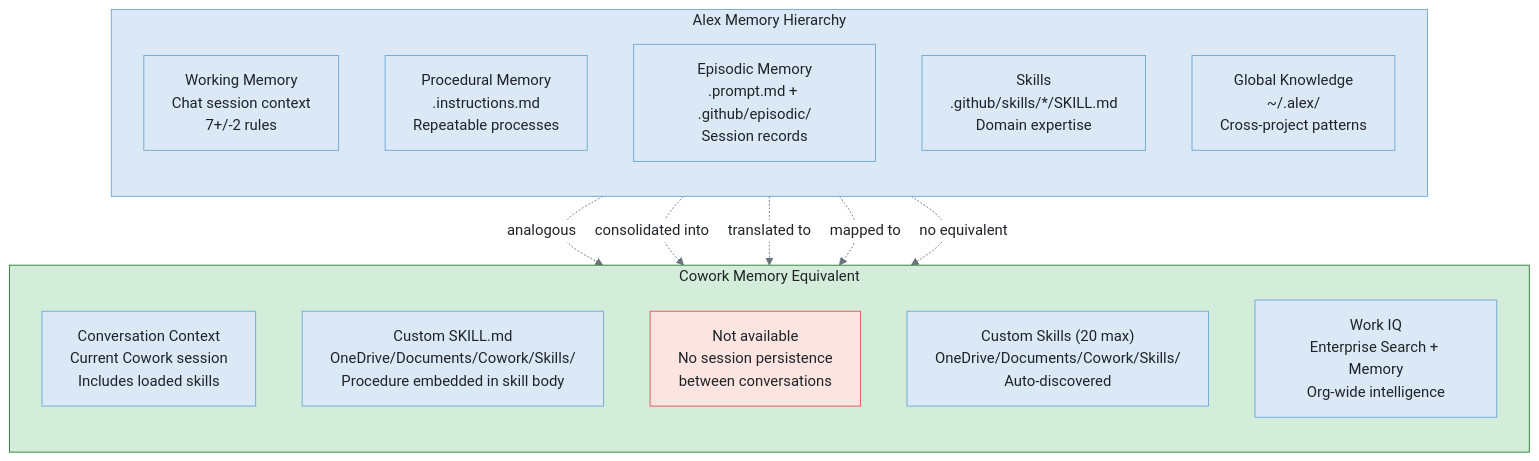
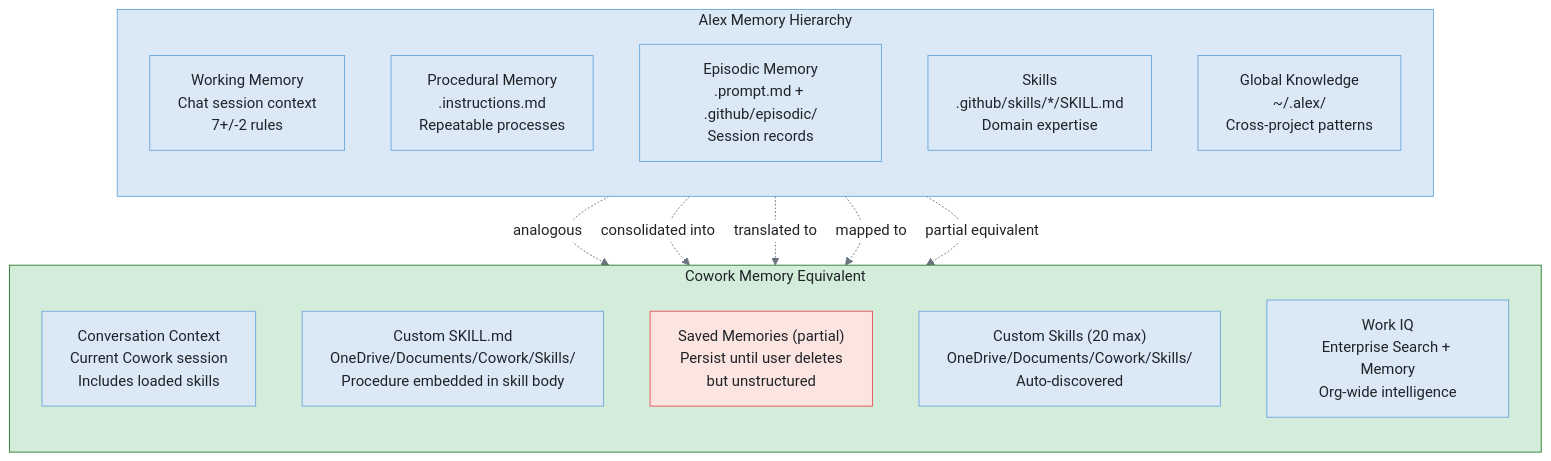
Before and after one commit to fabioc-aloha/Alex_Plug_In: the fourth of 8 diagrams in alex_docs/cowork/ARCHITECTURE.md, drawn with Mermaid. The commit also changed other lines of this file and 5 other files, not shown here.

````diff
--- a/alex_docs/cowork/ARCHITECTURE.md
+++ b/alex_docs/cowork/ARCHITECTURE.md
@@ -243,31 +243,31 @@
 ```mermaid
 %%{init: {'theme': 'base', 'themeVariables': {'background': '#f8f9fa', 'primaryColor': '#dbe9f6', 'primaryTextColor': '#1f2328', 'primaryBorderColor': '#6ea8d9', 'lineColor': '#6b7280', 'secondaryColor': '#d4f5f7', 'secondaryBorderColor': '#5ab5a0', 'edgeLabelBackground': '#ffffff', 'fontFamily': 'Segoe UI, system-ui, sans-serif'}}}%%
 flowchart TB
     subgraph ALEX_MEM["Alex Memory Hierarchy"]
         direction TB
         A_WM["Working Memory<br/>Chat session context<br/>7+/-2 rules"]
         A_PROC["Procedural Memory<br/>.instructions.md<br/>Repeatable processes"]
         A_EPIS["Episodic Memory<br/>.prompt.md + .github/episodic/<br/>Session records"]
         A_SKILL["Skills<br/>.github/skills/*/SKILL.md<br/>Domain expertise"]
         A_GK["Global Knowledge<br/>~/.alex/<br/>Cross-project patterns"]
     end
 
     subgraph COWORK_MEM["Cowork Memory Equivalent"]
         direction TB
         C_WM["Conversation Context<br/>Current Cowork session<br/>Includes loaded skills"]
         C_PROC["Custom SKILL.md<br/>OneDrive/Documents/Cowork/Skills/<br/>Procedure embedded in skill body"]
-        C_EPIS["Not available<br/>No session persistence<br/>between conversations"]
+        C_EPIS["Saved Memories (partial)<br/>Persist until user deletes<br/>but unstructured"]
         C_SKILL["Custom Skills (20 max)<br/>OneDrive/Documents/Cowork/Skills/<br/>Auto-discovered"]
         C_GK["Work IQ<br/>Enterprise Search + Memory<br/>Org-wide intelligence"]
     end
 
     A_WM -.->|"analogous"| C_WM
     A_PROC -.->|"consolidated into"| C_PROC
     A_SKILL -.->|"translated to"| C_SKILL
     A_GK -.->|"mapped to"| C_GK
-    A_EPIS -.->|"no equivalent"| C_EPIS
+    A_EPIS -.->|"partial equivalent"| C_EPIS
 
     style ALEX_MEM fill:#dbe9f6,stroke:#6ea8d9,color:#1f2328
     style COWORK_MEM fill:#d4edda,stroke:#2e7d32,color:#1f2328
     style C_EPIS fill:#fce4e0,stroke:#e15759,color:#1f2328
 ```
````
